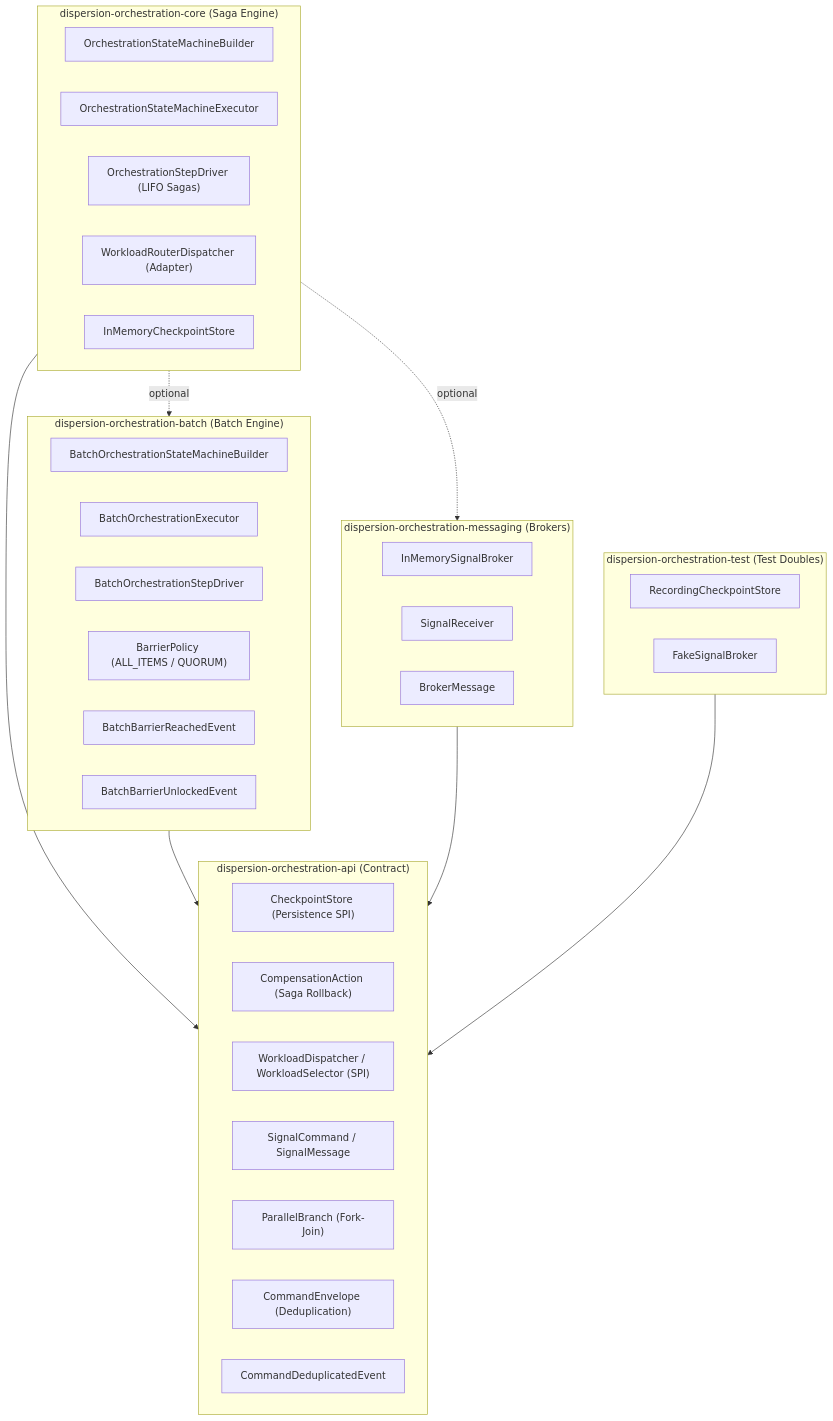
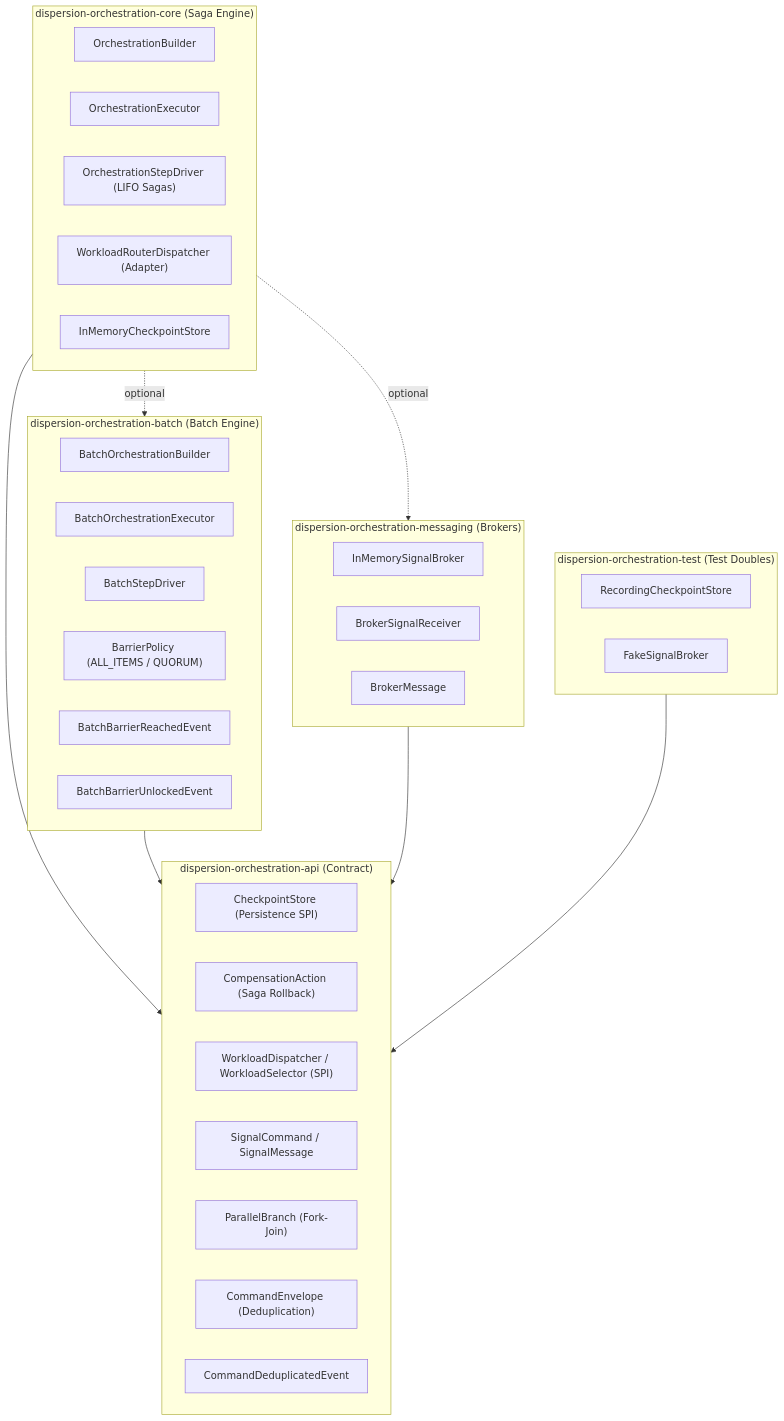
The diagram in orchestration/README.md (f442y/dispersion), drawn with Mermaid before and after one commit. The commit also changed other lines of this file and 58 other files, not shown here.

First line of the commit message:
feat(architecture): reorganize control-plane, testkit, and streamline orchestration engine naming

````diff
--- a/orchestration/README.md
+++ b/orchestration/README.md
@@ -11,47 +11,47 @@
 ```mermaid
 graph TD
     subgraph API["dispersion-orchestration-api (Contract)"]
         CPS["CheckpointStore (Persistence SPI)"]
         CA["CompensationAction (Saga Rollback)"]
         WD["WorkloadDispatcher / WorkloadSelector (SPI)"]
         SIG["SignalCommand / SignalMessage"]
         PB["ParallelBranch (Fork-Join)"]
         CE["CommandEnvelope (Deduplication)"]
         CDE["CommandDeduplicatedEvent"]
     end
 
     subgraph Core["dispersion-orchestration-core (Saga Engine)"]
-        OSMB["OrchestrationStateMachineBuilder"]
-        OSME["OrchestrationStateMachineExecutor"]
+        OSMB["OrchestrationBuilder"]
+        OSME["OrchestrationExecutor"]
         OSD["OrchestrationStepDriver (LIFO Sagas)"]
         WRD["WorkloadRouterDispatcher (Adapter)"]
         IMCS["InMemoryCheckpointStore"]
     end
 
     subgraph Batch["dispersion-orchestration-batch (Batch Engine)"]
-        BOSMB["BatchOrchestrationStateMachineBuilder"]
+        BOSMB["BatchOrchestrationBuilder"]
         BOSE["BatchOrchestrationExecutor"]
-        BOSD["BatchOrchestrationStepDriver"]
+        BOSD["BatchStepDriver"]
         BP["BarrierPolicy (ALL_ITEMS / QUORUM)"]
         BBR["BatchBarrierReachedEvent"]
         BBU["BatchBarrierUnlockedEvent"]
     end
 
     subgraph Messaging["dispersion-orchestration-messaging (Brokers)"]
         IMSB["InMemorySignalBroker"]
-        SR["SignalReceiver"]
+        SR["BrokerSignalReceiver"]
         BM["BrokerMessage"]
     end
 
     subgraph Test["dispersion-orchestration-test (Test Doubles)"]
         RCS["RecordingCheckpointStore"]
         FSB["FakeSignalBroker"]
     end
 
     Core --> API
     Batch --> API
     Messaging --> API
     Core -.->|optional| Batch
     Core -.->|optional| Messaging
     Test --> API
 ```
````
